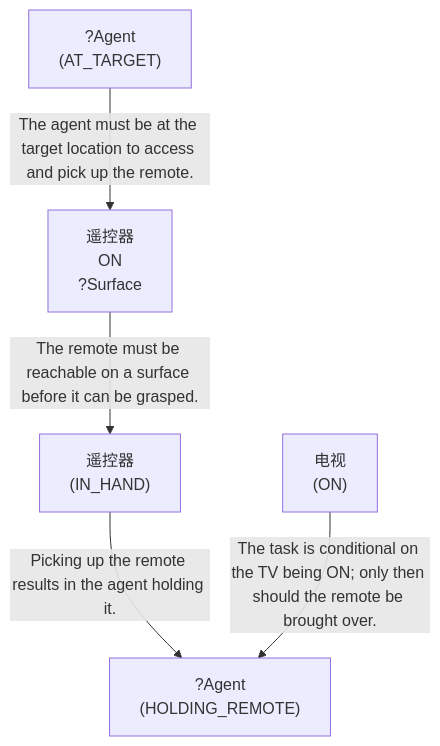
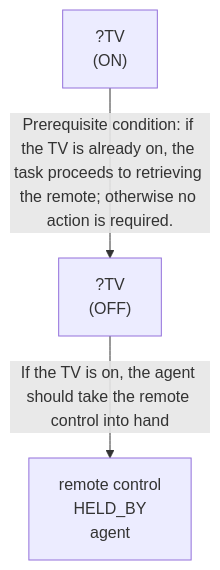
The fifth of 5 diagrams in agent/results/success/M1_01/run_M1_01.md (scuama/virtualhome), drawn with Mermaid before and after one commit. The commit also changed other lines of this file and 20 other files, not shown here.

````diff
--- a/agent/results/success/M1_01/run_M1_01.md
+++ b/agent/results/success/M1_01/run_M1_01.md
@@ -404,12 +386,8 @@
 ```mermaid
 graph TD
-    N1["电视<br>(ON)"]
-    N2["遥控器<br>ON<br>?Surface"]
-    N3["遥控器<br>(IN_HAND)"]
-    N4["?Agent<br>(AT_TARGET)"]
-    N5["?Agent<br>(HOLDING_REMOTE)"]
-    N4 -->|"The agent must be at the target location to access and pick up the remote."| N2
-    N2 -->|"The remote must be reachable on a surface before it can be grasped."| N3
-    N3 -->|"Picking up the remote results in the agent holding it."| N5
-    N1 -->|"The task is conditional on the TV being ON; only then should the remote be brought over."| N5
+    N1["?TV<br>(ON)"]
+    N2["?TV<br>(OFF)"]
+    N3["remote control<br>HELD_BY<br>agent"]
+    N1 -->|"Prerequisite condition: if the TV is already on, the task proceeds to retrieving the remote; otherwise no action is required."| N2
+    N2 -->|"If the TV is on, the agent should take the remote control into hand"| N3
 ```
````
